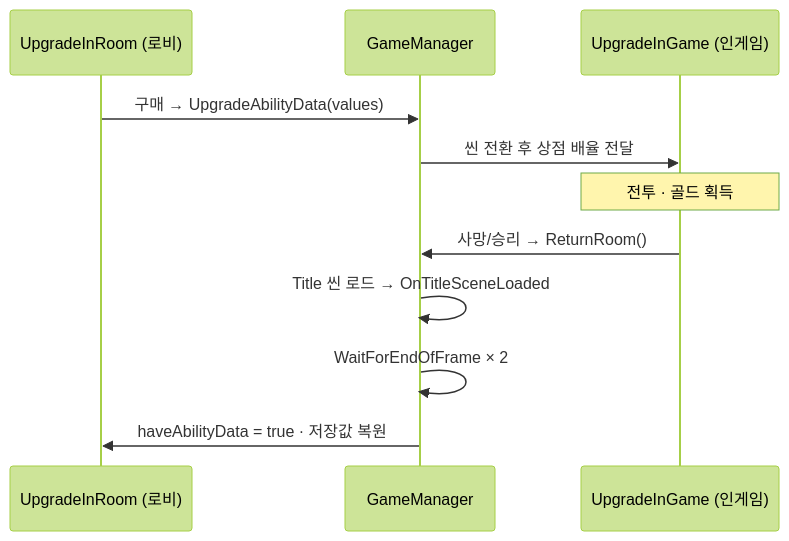
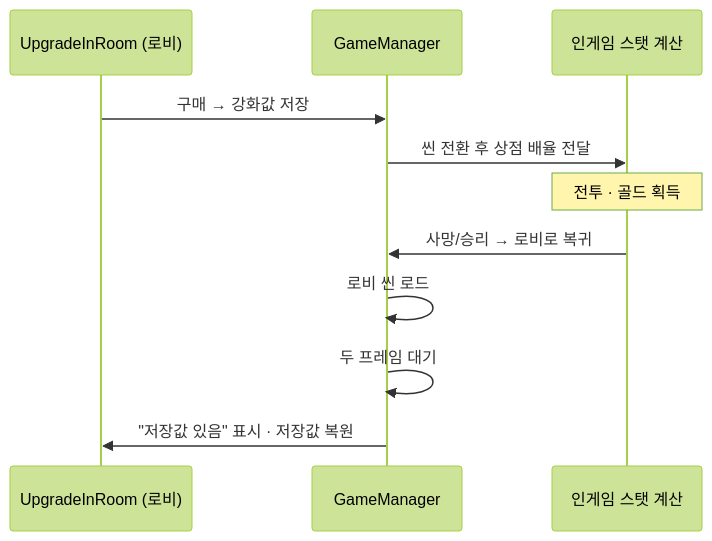
One commit to NaJungWon/portfolio changed the tenth of 10 diagrams in src/03-dgs/기술문서.md. Above: the diagram before and after it, drawn with Mermaid (forest theme). The commit also changed other lines of this file and 4 other files, not shown here.

````diff
--- a/src/03-dgs/기술문서.md
+++ b/src/03-dgs/기술문서.md
@@ -566,13 +656,13 @@
 ```mermaid
 sequenceDiagram
     participant R as UpgradeInRoom (로비)
     participant G as GameManager
-    participant I as UpgradeInGame (인게임)
-    R->>G: 구매 → UpgradeAbilityData(values)
+    participant I as 인게임 스탯 계산
+    R->>G: 구매 → 강화값 저장
     G->>I: 씬 전환 후 상점 배율 전달
     Note over I: 전투 · 골드 획득
-    I->>G: 사망/승리 → ReturnRoom()
-    G->>G: Title 씬 로드 → OnTitleSceneLoaded
-    G->>G: WaitForEndOfFrame × 2
-    G->>R: haveAbilityData = true · 저장값 복원
+    I->>G: 사망/승리 → 로비로 복귀
+    G->>G: 로비 씬 로드
+    G->>G: 두 프레임 대기
+    G->>R: "저장값 있음" 표시 · 저장값 복원
 ```
````
